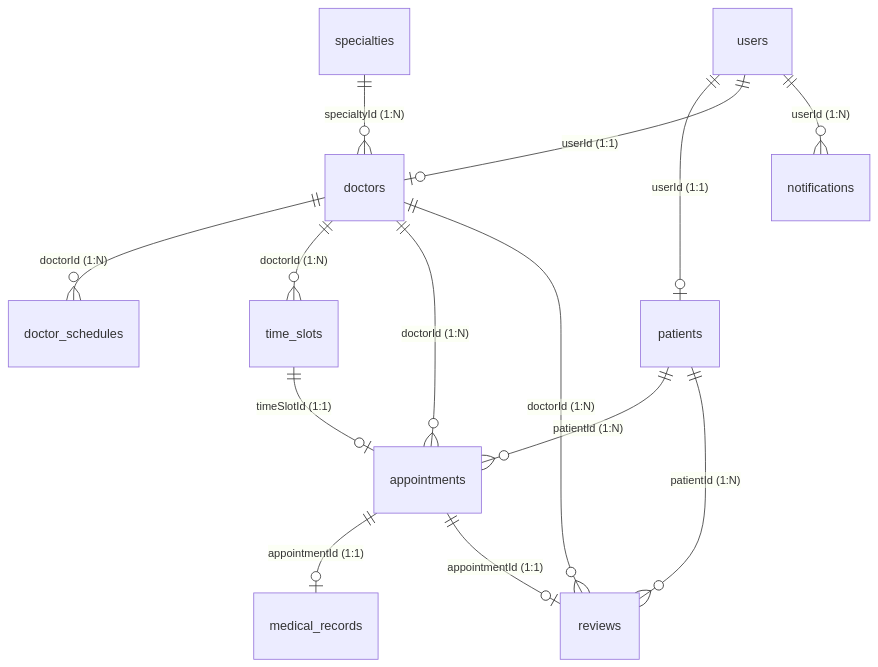
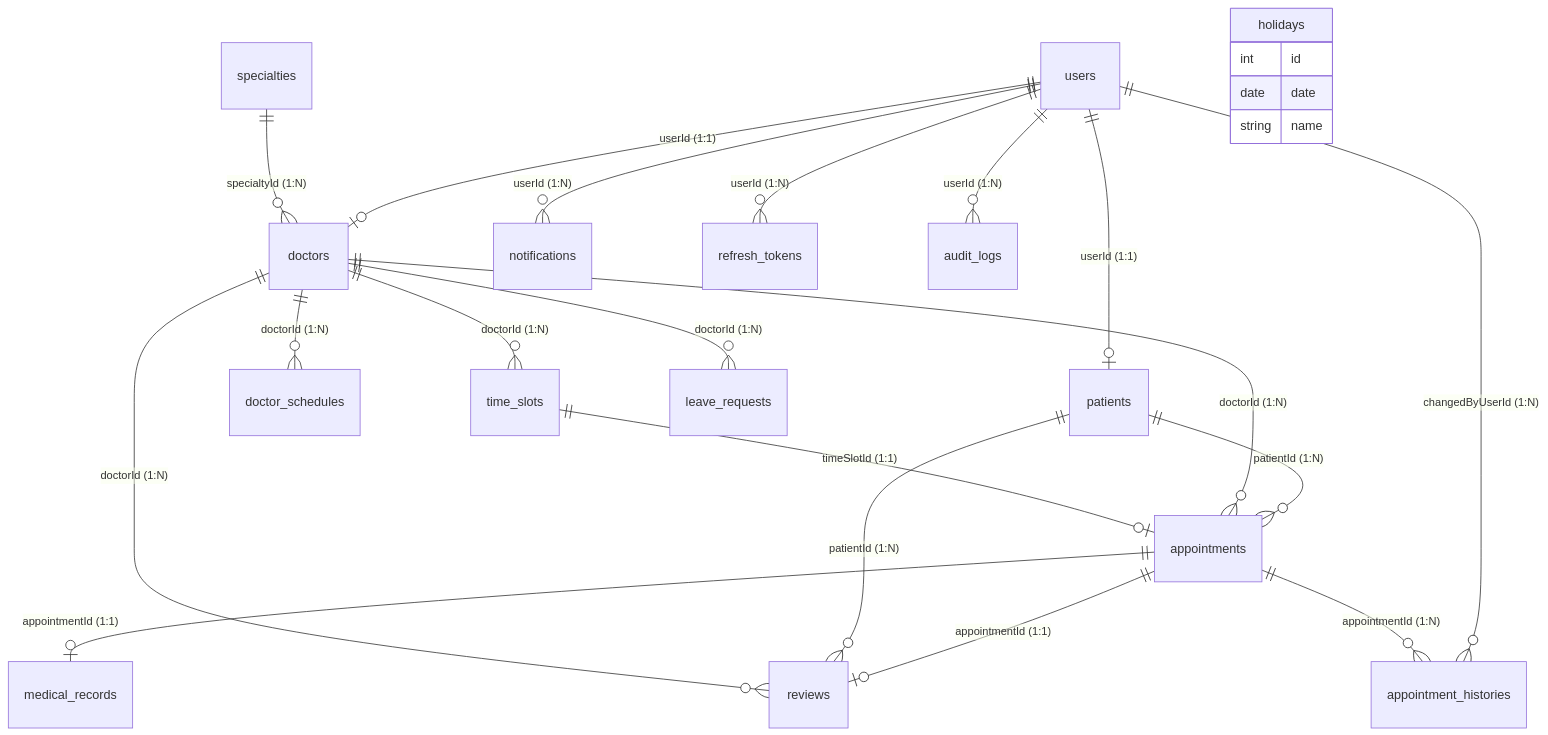
One commit to hunghuce28/medical-booking-app changed the second of 2 diagrams in README.md. Above: the diagram before and after it, drawn with Mermaid. The commit also changed other lines of this file and 13 other files, not shown here.

Commit message:
feat: implement forgot/reset password flow, response compression, real email notifications, and expand seeds

````diff
--- a/README.md
+++ b/README.md
@@ -34,16 +32,26 @@
 ```mermaid
 erDiagram
     users ||--o| patients : "userId (1:1)"
     users ||--o| doctors : "userId (1:1)"
     users ||--o{ notifications : "userId (1:N)"
+    users ||--o{ refresh_tokens : "userId (1:N)"
+    users ||--o{ audit_logs : "userId (1:N)"
+    users ||--o{ appointment_histories : "changedByUserId (1:N)"
     specialties ||--o{ doctors : "specialtyId (1:N)"
     doctors ||--o{ doctor_schedules : "doctorId (1:N)"
     doctors ||--o{ time_slots : "doctorId (1:N)"
+    doctors ||--o{ leave_requests : "doctorId (1:N)"
     patients ||--o{ appointments : "patientId (1:N)"
     doctors ||--o{ appointments : "doctorId (1:N)"
     time_slots ||--o| appointments : "timeSlotId (1:1)"
     appointments ||--o| medical_records : "appointmentId (1:1)"
     appointments ||--o| reviews : "appointmentId (1:1)"
+    appointments ||--o{ appointment_histories : "appointmentId (1:N)"
     patients ||--o{ reviews : "patientId (1:N)"
     doctors ||--o{ reviews : "doctorId (1:N)"
+    holidays {
+        int id
+        date date
+        string name
+    }
 ```
````
